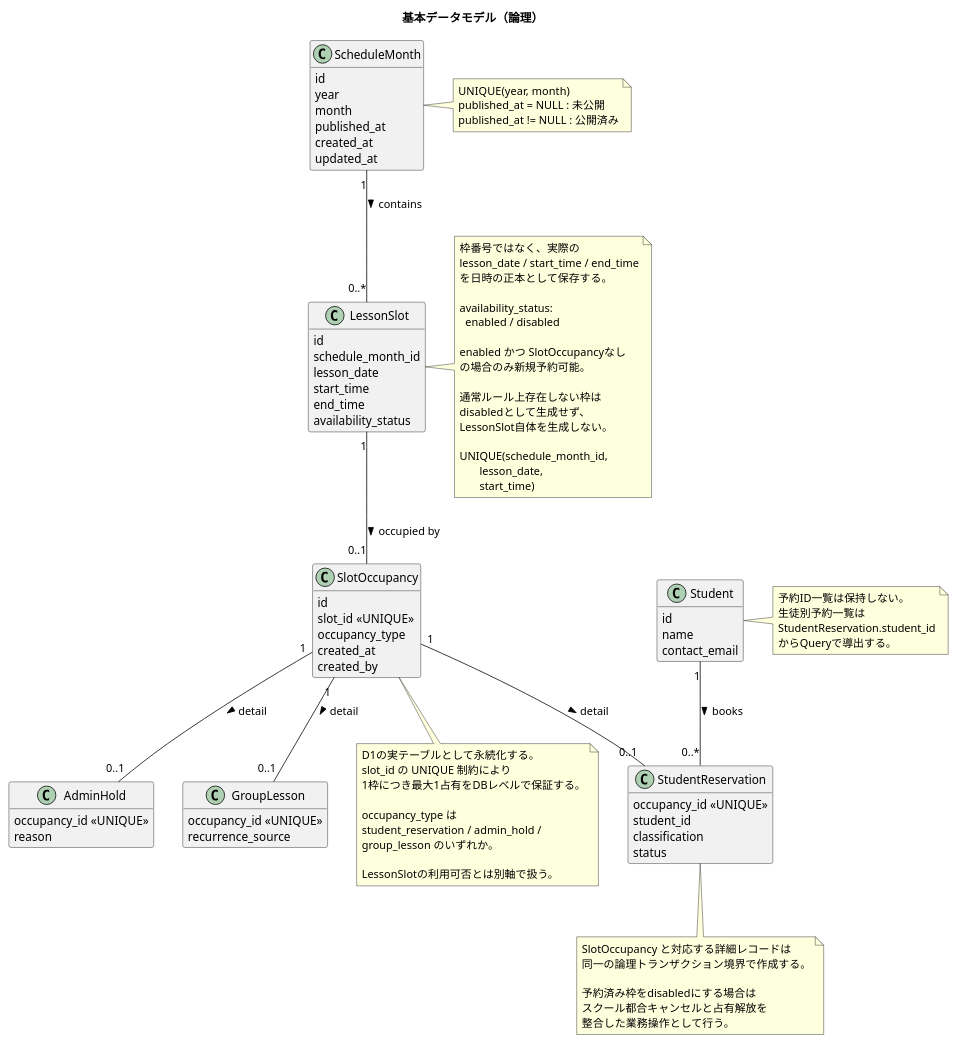
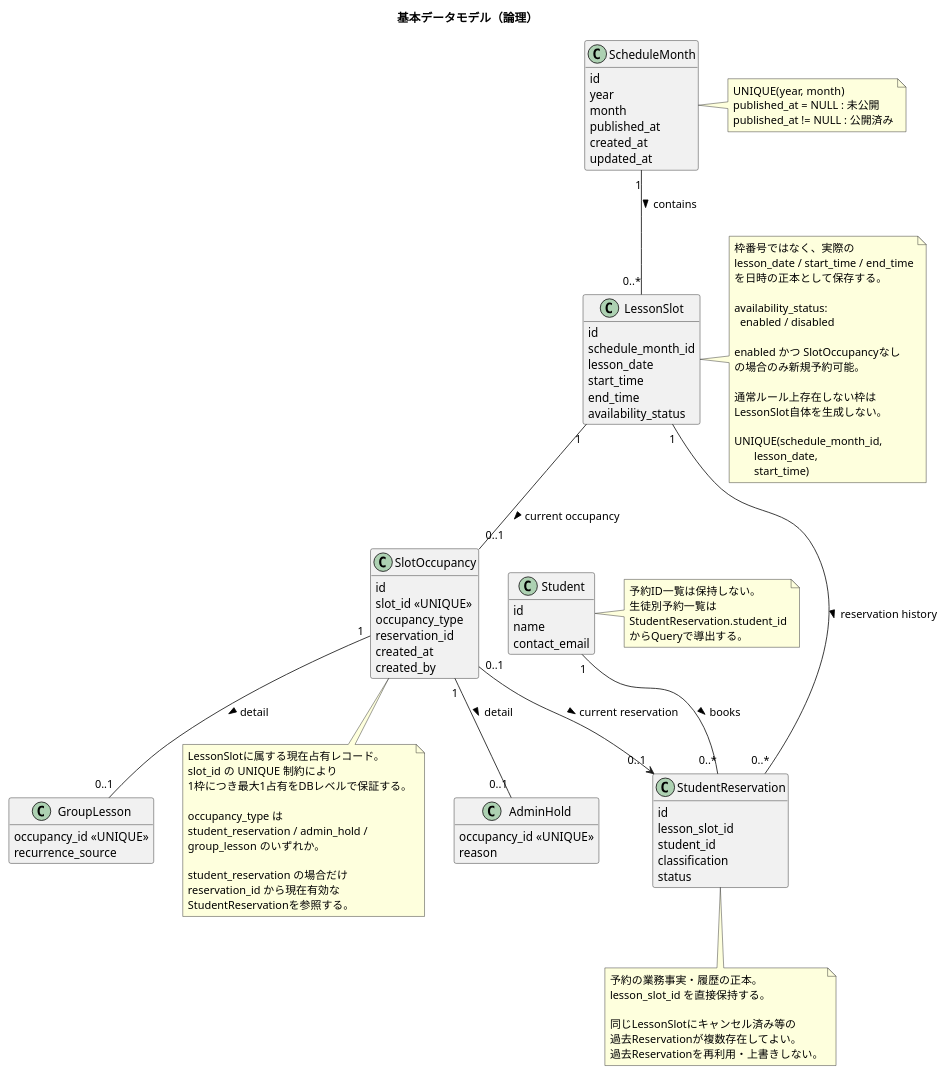
One commit to suzukure/nssscdl changed the diagram in docs/diagrams/plantuml/data-model-overview.puml. Above: the diagram before and after it, drawn with PlantUML.

Commit message:
Update data model for reservation history

```diff
--- a/docs/diagrams/plantuml/data-model-overview.puml
+++ b/docs/diagrams/plantuml/data-model-overview.puml
@@ -1,118 +1,122 @@
 @startuml
 hide methods
 hide stereotypes
 skinparam classAttributeIconSize 0
 
 title 基本データモデル（論理）
 
 class Student {
   id
   name
   contact_email
 }
 
 class ScheduleMonth {
   id
   year
   month
   published_at
   created_at
   updated_at
 }
 
 class LessonSlot {
   id
   schedule_month_id
   lesson_date
   start_time
   end_time
   availability_status
 }
 
+class StudentReservation {
+  id
+  lesson_slot_id
+  student_id
+  classification
+  status
+}
+
 class SlotOccupancy {
   id
   slot_id <<UNIQUE>>
   occupancy_type
+  reservation_id
   created_at
   created_by
-}
-
-class StudentReservation {
-  occupancy_id <<UNIQUE>>
-  student_id
-  classification
-  status
 }
 
 class AdminHold {
   occupancy_id <<UNIQUE>>
   reason
 }
 
 class GroupLesson {
   occupancy_id <<UNIQUE>>
   recurrence_source
 }
 
 ScheduleMonth "1" -- "0..*" LessonSlot : contains >
 Student "1" -- "0..*" StudentReservation : books >
-LessonSlot "1" -- "0..1" SlotOccupancy : occupied by >
-SlotOccupancy "1" -- "0..1" StudentReservation : detail >
+LessonSlot "1" -- "0..*" StudentReservation : reservation history >
+LessonSlot "1" -- "0..1" SlotOccupancy : current occupancy >
+SlotOccupancy "0..1" --> "0..1" StudentReservation : current reservation >
 SlotOccupancy "1" -- "0..1" AdminHold : detail >
 SlotOccupancy "1" -- "0..1" GroupLesson : detail >
 
 note right of ScheduleMonth
   UNIQUE(year, month)
   published_at = NULL : 未公開
   published_at != NULL : 公開済み
 end note
 
 note right of LessonSlot
   枠番号ではなく、実際の
   lesson_date / start_time / end_time
   を日時の正本として保存する。
 
   availability_status:
     enabled / disabled
 
   enabled かつ SlotOccupancyなし
   の場合のみ新規予約可能。
 
   通常ルール上存在しない枠は
-  disabledとして生成せず、
   LessonSlot自体を生成しない。
 
   UNIQUE(schedule_month_id,
          lesson_date,
          start_time)
 end note
 
 note right of Student
   予約ID一覧は保持しない。
   生徒別予約一覧は
   StudentReservation.student_id
   からQueryで導出する。
 end note
 
+note bottom of StudentReservation
+  予約の業務事実・履歴の正本。
+  lesson_slot_id を直接保持する。
+
+  同じLessonSlotにキャンセル済み等の
+  過去Reservationが複数存在してよい。
+  過去Reservationを再利用・上書きしない。
+end note
+
 note bottom of SlotOccupancy
-  D1の実テーブルとして永続化する。
+  LessonSlotに属する現在占有レコード。
   slot_id の UNIQUE 制約により
   1枠につき最大1占有をDBレベルで保証する。
 
   occupancy_type は
   student_reservation / admin_hold /
   group_lesson のいずれか。
 
-  LessonSlotの利用可否とは別軸で扱う。
-end note
-
-note bottom of StudentReservation
-  SlotOccupancy と対応する詳細レコードは
-  同一の論理トランザクション境界で作成する。
-
-  予約済み枠をdisabledにする場合は
-  スクール都合キャンセルと占有解放を
-  整合した業務操作として行う。
+  student_reservation の場合だけ
+  reservation_id から現在有効な
+  StudentReservationを参照する。
 end note
 
 @enduml
```
